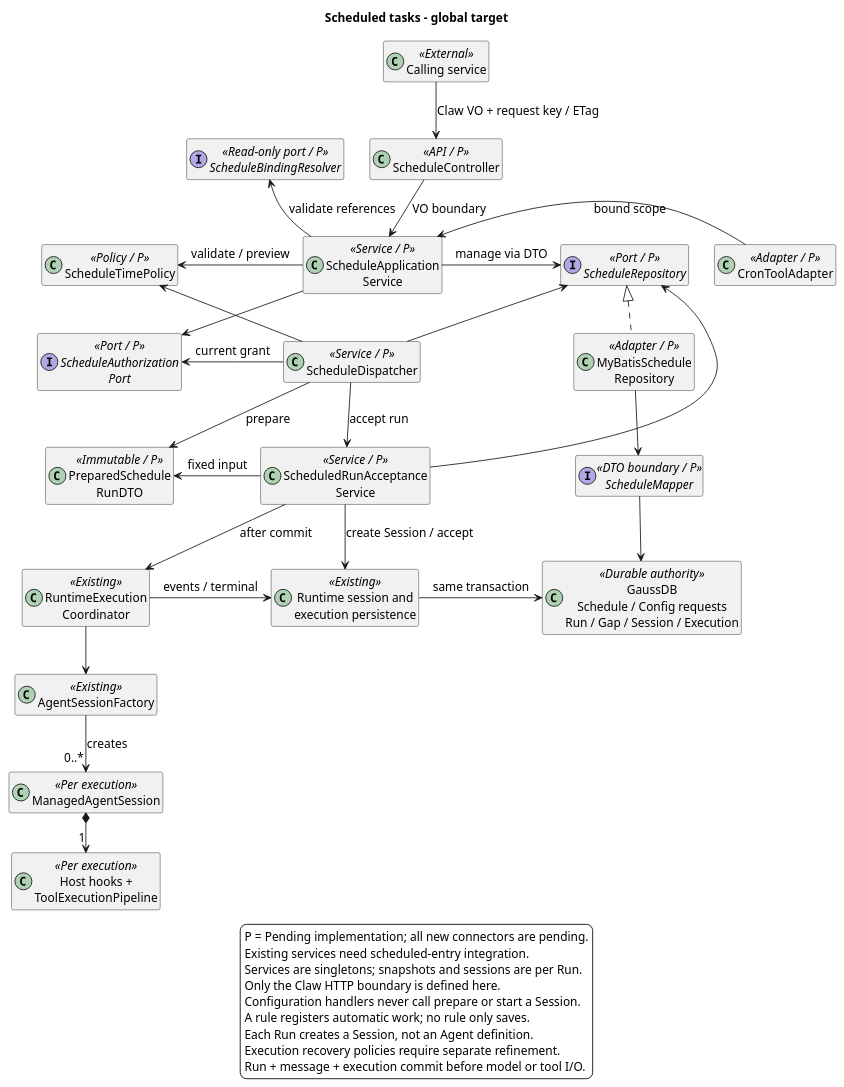
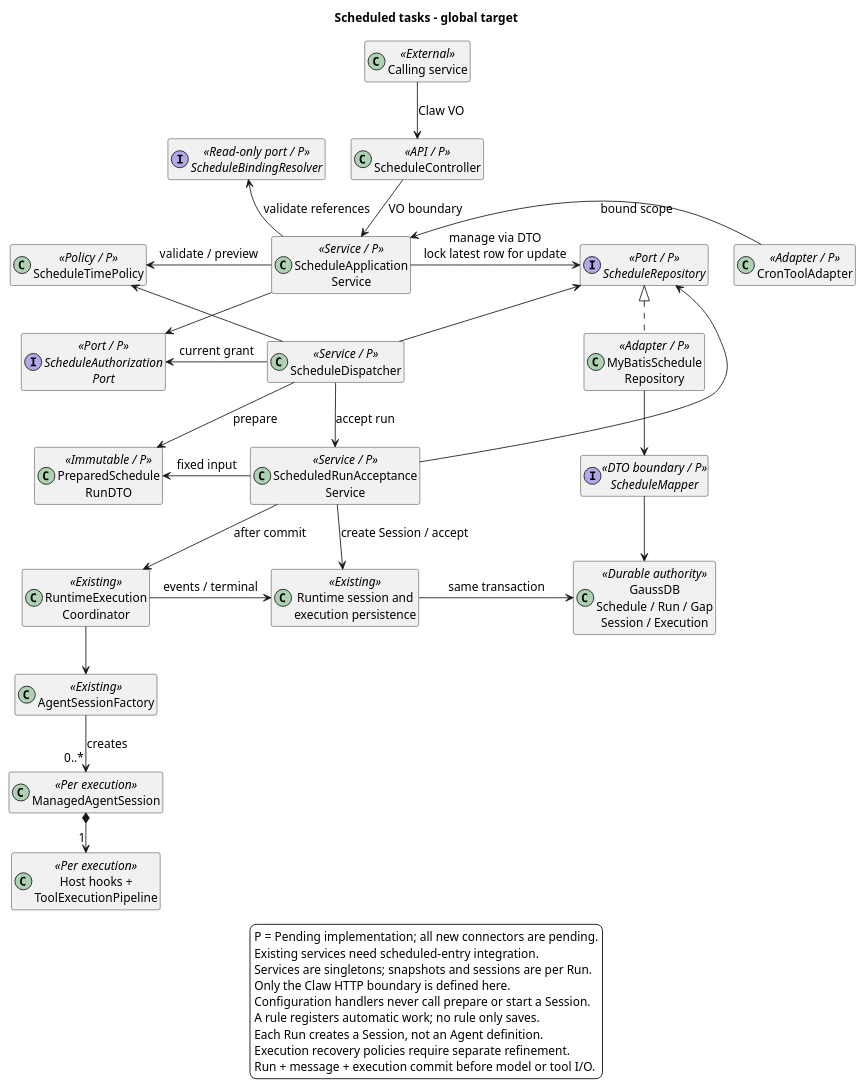
One commit to ssm0808/pi-mono-java-design changed the second of 3 diagrams in 01-总体架构/08-CampusClaw定时任务/diagram.puml. Above: the diagram before and after it, drawn with PlantUML. The commit also changed other lines of this file and 58 other files, not shown here.

```diff
--- a/01-总体架构/08-CampusClaw定时任务/diagram.puml
+++ b/01-总体架构/08-CampusClaw定时任务/diagram.puml
@@ -53,76 +53,76 @@
 @startuml scheduled_task_architecture
 ' Baseline: Claude Deployment / Run / Session, checked 2026-10-04, Beta.
 ' Source: modules/cron/src/main/java/com/campusclaw/cron/CronService.java createJob and triggerJob.
 ' Source: modules/coding-agent-cli/src/main/java/com/campusclaw/codingagent/tool/cron/ManagedCronSessionRunner.java execute.
 ' Source: modules/coding-agent-cli/src/main/java/com/campusclaw/codingagent/runtimeapi/event/RuntimeExecutionCoordinator.java start and commitTerminal.
 ' Source: modules/coding-agent-cli/src/main/java/com/campusclaw/codingagent/session/AgentSessionFactory.java create.
 ' Java baseline: 553dcd5e2ff682f9684810a043b442b37a02e54a.
 ' Design reason: preserve API, service, policy, adapter, runtime and durable boundaries.
 ' Product constraint: every Run creates a new Session using the bound Agent definition.
 ' Architecture change: one acceptance path; no existing-session target strategy.
 ' Architecture change: every P node and every connector is Pending implementation.
 title Scheduled tasks - global target
 skinparam backgroundColor white
 skinparam defaultFontSize 14
 skinparam classAttributeIconSize 0
 skinparam nodesep 30
 skinparam ranksep 45
 hide empty members
 class "Calling service" as Caller <<External>>
 class "ScheduleController" as Api <<API / P>>
 class "CronToolAdapter" as Tool <<Adapter / P>>
 class "ScheduleApplication\nService" as App <<Service / P>>
 class "ScheduleDispatcher" as Dispatch <<Service / P>>
 interface "ScheduleAuthorization\nPort" as Auth <<Port / P>>
 interface "ScheduleBindingResolver" as Binding <<Read-only port / P>>
 class "ScheduleTimePolicy" as Time <<Policy / P>>
 class "PreparedSchedule\nRunDTO" as Snapshot <<Immutable / P>>
 interface "ScheduleRepository" as Repo <<Port / P>>
 class "MyBatisSchedule\nRepository" as RepoImpl <<Adapter / P>>
 interface "ScheduleMapper" as Mapper <<DTO boundary / P>>
-class "GaussDB\nSchedule / Config requests\nRun / Gap / Session / Execution" as Db <<Durable authority>>
+class "GaussDB\nSchedule / Run / Gap\nSession / Execution" as Db <<Durable authority>>
 class "ScheduledRunAcceptance\nService" as Accept <<Service / P>>
 class "Runtime session and\nexecution persistence" as Persist <<Existing>>
 class "RuntimeExecution\nCoordinator" as Coordinator <<Existing>>
 class "AgentSessionFactory" as Factory <<Existing>>
 class "ManagedAgentSession" as Session <<Per execution>>
 class "Host hooks +\nToolExecutionPipeline" as Pipeline <<Per execution>>
-Caller -down-> Api : Claw VO + request key / ETag
+Caller -down-> Api : Claw VO
 Api -down-> App : VO boundary
 Tool -left-> App : bound scope
 App -down[hidden]-> Dispatch
 Time -down[hidden]-> Auth
 Auth -down[hidden]-> Snapshot
 App -left-> Time : validate / preview
-App -right-> Repo : manage via DTO
+App -right-> Repo : manage via DTO\nlock latest row for update
 App -[norank]-> Auth
 App -up-> Binding : validate references
 Dispatch -down-> Accept : accept run
 Dispatch -left-> Auth : current grant
 Dispatch -[norank]-> Time
 Dispatch -[norank]-> Repo
 Dispatch -[norank]-> Snapshot : prepare
 Accept -left-> Snapshot : fixed input
 Accept -[norank]-> Repo
 Repo <|.. RepoImpl
 RepoImpl -down-> Mapper
 Mapper -down-> Db
 Accept -down-> Persist : create Session / accept
 Persist -[norank]-> Db : same transaction
 Accept -down-> Coordinator : after commit
 Coordinator -[norank]-> Persist : events / terminal
 Coordinator -down-> Factory
 Factory -down-> "0..*" Session : creates
 Session *-down-> "1" Pipeline
 legend bottom
   P = Pending implementation; all new connectors are pending.
   Existing services need scheduled-entry integration.
   Services are singletons; snapshots and sessions are per Run.
   Only the Claw HTTP boundary is defined here.
   Configuration handlers never call prepare or start a Session.
   A rule registers automatic work; no rule only saves.
   Each Run creates a Session, not an Agent definition.
   Execution recovery policies require separate refinement.
   Run + message + execution commit before model or tool I/O.
 endlegend
 @enduml
```
